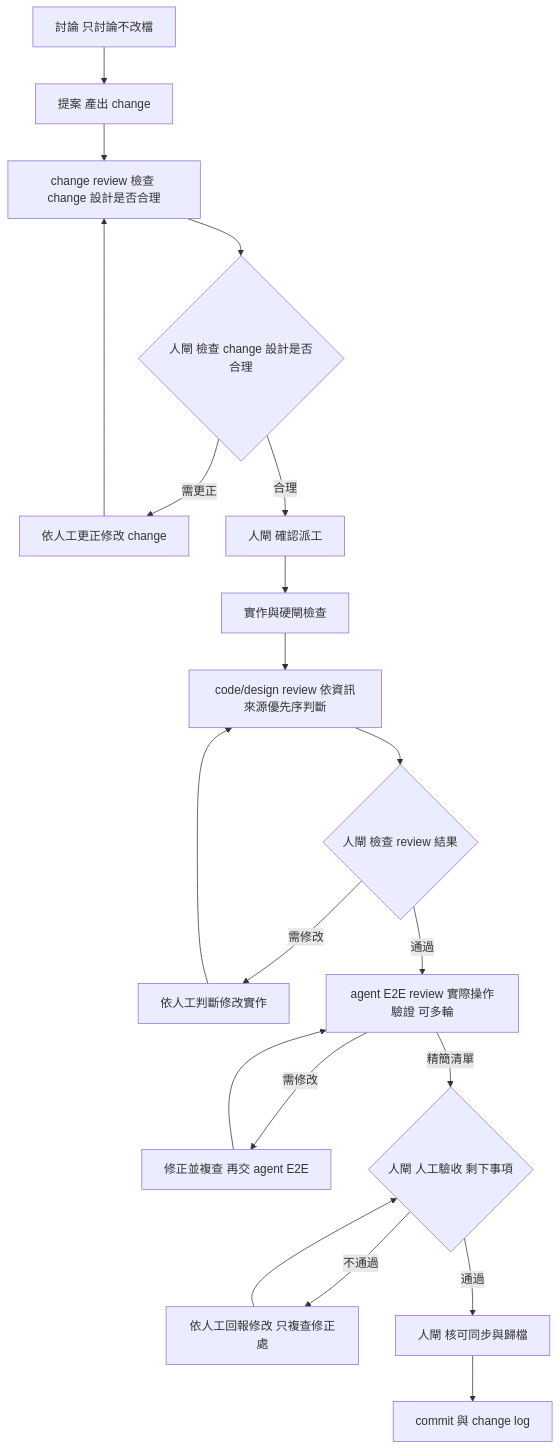
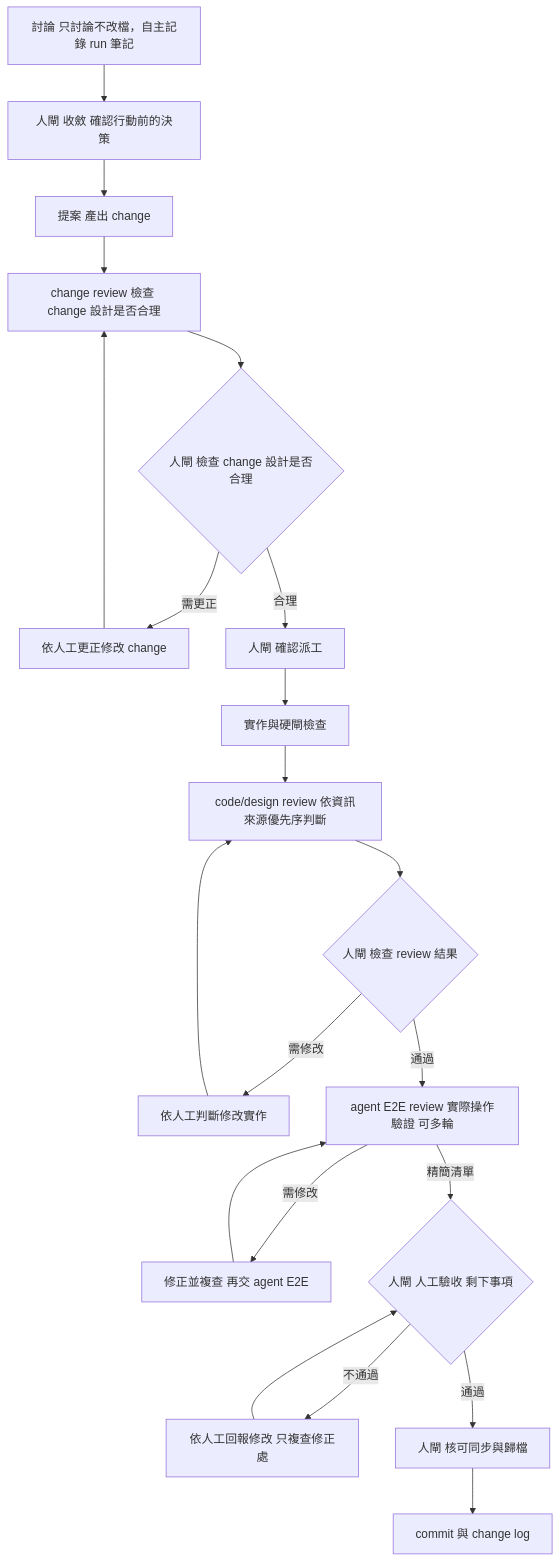
One commit to nekojuice/.agents changed the second of 4 diagrams in README.md. Above: the diagram before and after it, drawn with Mermaid. The commit also changed other lines of this file and 5 other files, not shown here.

````diff
--- a/README.md
+++ b/README.md
@@ -95,22 +95,23 @@
 ```mermaid
 flowchart TD
-  A[討論 只討論不改檔] --> B[提案 產出 change]
+  A[討論 只討論不改檔，自主記錄 run 筆記] --> A2[人閘 收斂 確認行動前的決策]
+  A2 --> B[提案 產出 change]
   B --> R[change review 檢查 change 設計是否合理]
   R --> C{人閘 檢查 change 設計是否合理}
   C -- 需更正 --> X[依人工更正修改 change]
   X --> R
   C -- 合理 --> D[人閘 確認派工]
   D --> E[實作與硬閘檢查]
   E --> F[code/design review 依資訊來源優先序判斷]
   F --> J{人閘 檢查 review 結果}
   J -- 需修改 --> K[依人工判斷修改實作]
   K --> F
   J -- 通過 --> AE[agent E2E review 實際操作驗證 可多輪]
   AE -- 需修改 --> AF[修正並複查 再交 agent E2E]
   AF --> AE
   AE -- 精簡清單 --> G{人閘 人工驗收 剩下事項}
   G -- 不通過 --> K2[依人工回報修改 只複查修正處]
   K2 --> G
   G -- 通過 --> H[人閘 核可同步與歸檔]
   H --> I[commit 與 change log]
 ```
````
